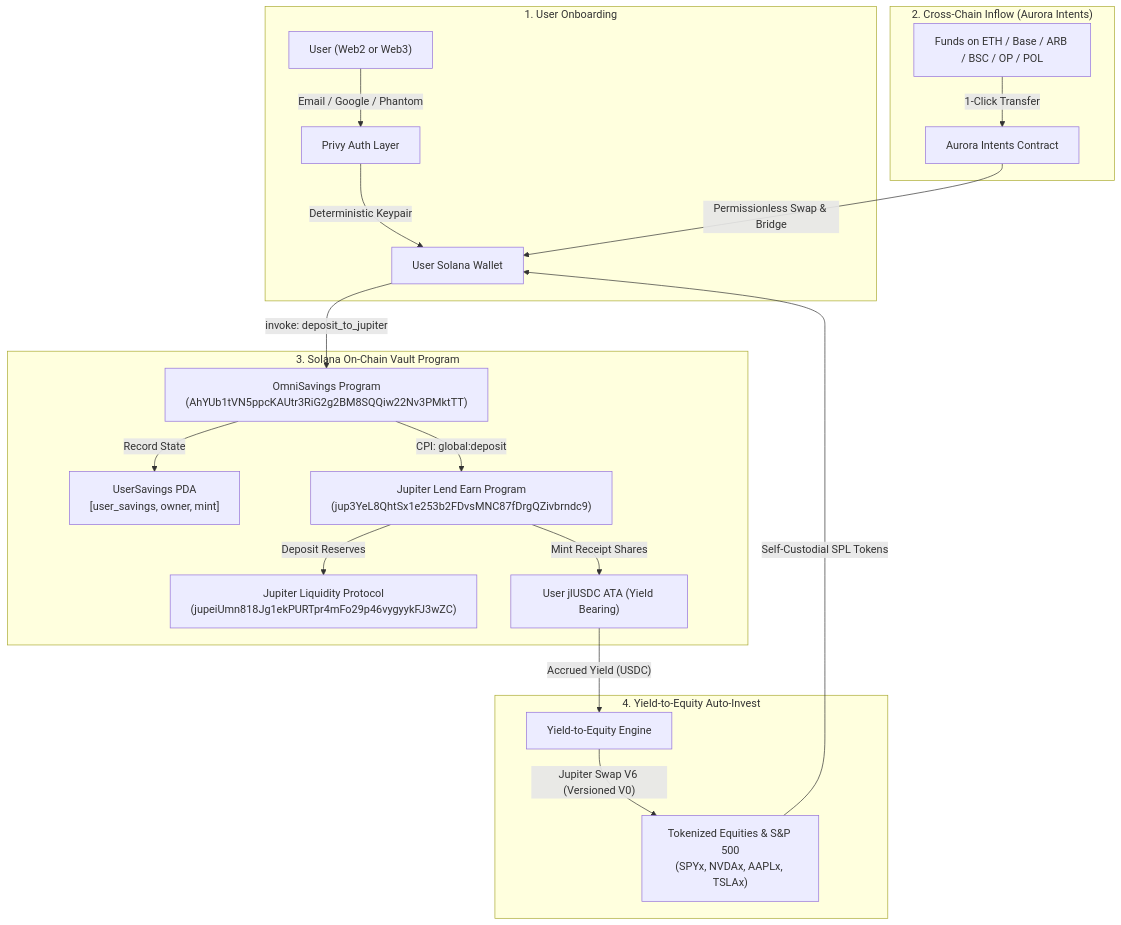
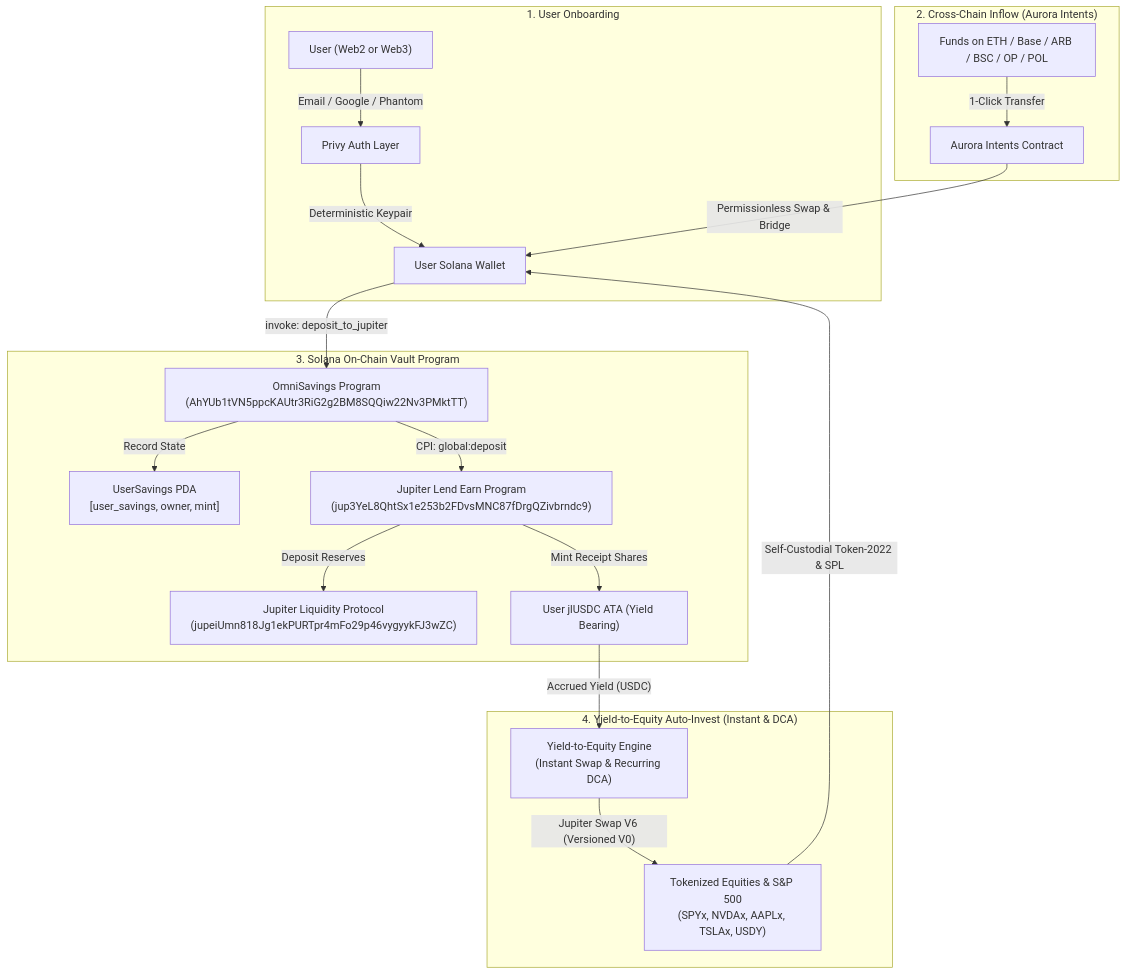
The diagram in README.md (nimrid/OmniSavings), drawn with Mermaid before and after one commit. The commit also changed other lines of this file, not shown here.

Commit message:
docs: update README with real repo url, privy client id, DCA desk, and token-2022 support

````diff
--- a/README.md
+++ b/README.md
@@ -27,26 +27,26 @@
 ```mermaid
 flowchart TD
     subgraph Onboarding["1. User Onboarding"]
         A["User (Web2 or Web3)"] -->|"Email / Google / Phantom"| B["Privy Auth Layer"]
         B -->|"Deterministic Keypair"| C["User Solana Wallet"]
     end
 
     subgraph CrossChain["2. Cross-Chain Inflow (Aurora Intents)"]
         D["Funds on ETH / Base / ARB / BSC / OP / POL"] -->|"1-Click Transfer"| E["Aurora Intents Contract"]
         E -->|"Permissionless Swap & Bridge"| C
     end
 
     subgraph OnChain["3. Solana On-Chain Vault Program"]
         C -->|"invoke: deposit_to_jupiter"| F["OmniSavings Program<br/>(AhYUb1tVN5ppcKAUtr3RiG2g2BM8SQQiw22Nv3PMktTT)"]
         F -->|"Record State"| G["UserSavings PDA<br/>[user_savings, owner, mint]"]
         F -->|"CPI: global:deposit"| H["Jupiter Lend Earn Program<br/>(jup3YeL8QhtSx1e253b2FDvsMNC87fDrgQZivbrndc9)"]
         H -->|"Deposit Reserves"| I["Jupiter Liquidity Protocol<br/>(jupeiUmn818Jg1ekPURTpr4mFo29p46vygyykFJ3wZC)"]
         H -->|"Mint Receipt Shares"| J["User jlUSDC ATA (Yield Bearing)"]
     end
 
-    subgraph YieldToEquity["4. Yield-to-Equity Auto-Invest"]
-        J -->|"Accrued Yield (USDC)"| K["Yield-to-Equity Engine"]
-        K -->|"Jupiter Swap V6 (Versioned V0)"| L["Tokenized Equities & S&P 500<br/>(SPYx, NVDAx, AAPLx, TSLAx)"]
-        L -->|"Self-Custodial SPL Tokens"| C
+    subgraph YieldToEquity["4. Yield-to-Equity Auto-Invest (Instant & DCA)"]
+        J -->|"Accrued Yield (USDC)"| K["Yield-to-Equity Engine<br/>(Instant Swap & Recurring DCA)"]
+        K -->|"Jupiter Swap V6 (Versioned V0)"| L["Tokenized Equities & S&P 500<br/>(SPYx, NVDAx, AAPLx, TSLAx, USDY)"]
+        L -->|"Self-Custodial Token-2022 & SPL"| C
     end
 ```
````
